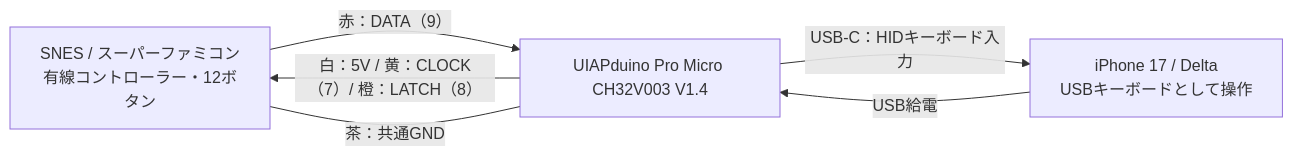
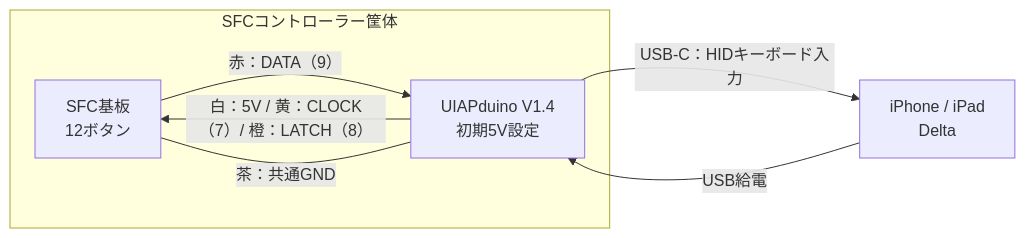
One commit to otitbridge/snes-controller-uiapduino changed the diagram in README.md. Above: the diagram before and after it, drawn with Mermaid. The commit also changed other lines of this file and 2 other files, not shown here.

````diff
--- a/README.md
+++ b/README.md
@@ -22,12 +22,14 @@
 ```mermaid
 flowchart LR
-    Controller["SNES / スーパーファミコン<br/>有線コントローラー・12ボタン"]
-    Board["UIAPduino Pro Micro CH32V003 V1.4"]
-    Delta["iPhone 17 / Delta<br/>USBキーボードとして操作"]
+    subgraph Case["SFCコントローラー筐体"]
+        Controller["SFC基板<br/>12ボタン"]
+        Board["UIAPduino V1.4<br/>初期5V設定"]
+    end
+    Delta["iPhone / iPad<br/>Delta"]
 
     Board -->|"白：5V / 黄：CLOCK（7）/ 橙：LATCH（8）"| Controller
     Controller -->|"赤：DATA（9）"| Board
     Board ---|"茶：共通GND"| Controller
     Board -->|"USB-C：HIDキーボード入力"| Delta
     Delta -->|"USB給電"| Board
 ```
````
